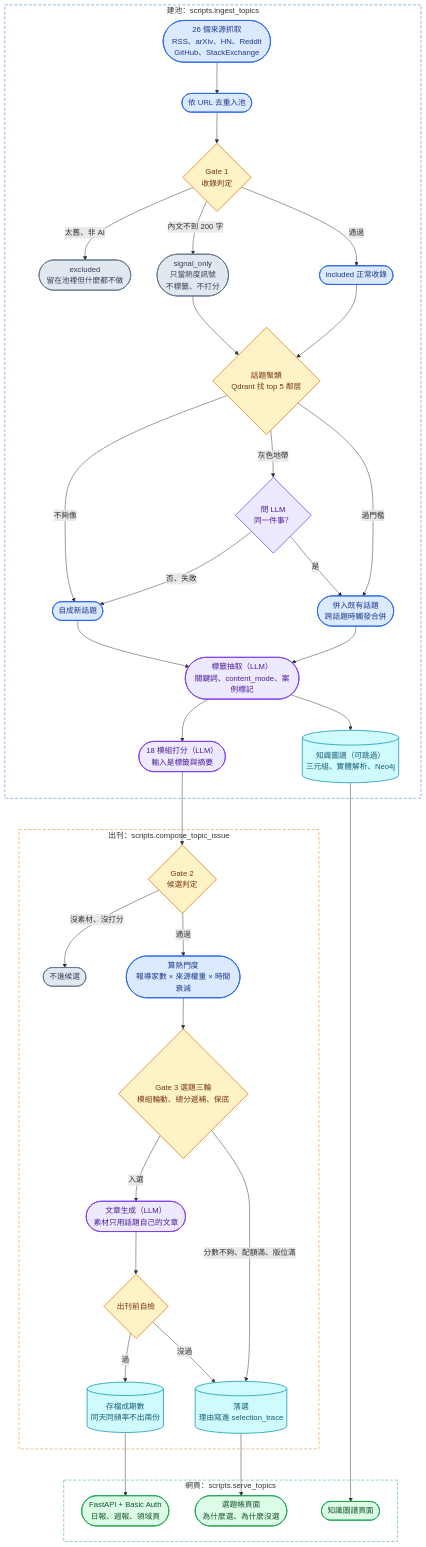
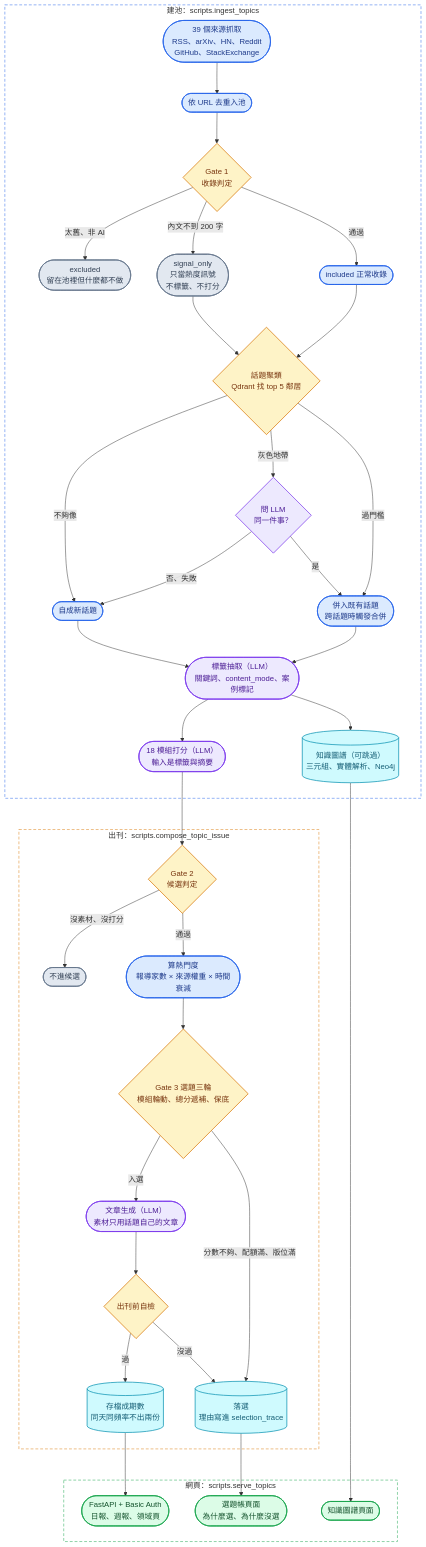
Before and after one commit to cheryllyeung/delta-ai-newsletter: the diagram in README.md, drawn with Mermaid. The commit also changed other lines of this file, not shown here.

````diff
--- a/README.md
+++ b/README.md
@@ -18,63 +19,63 @@
 ```mermaid
 %%{init: {"flowchart": {"nodeSpacing": 55, "rankSpacing": 65}}}%%
 flowchart TD
     subgraph ingest["　建池：scripts.ingest_topics　"]
-        SRC(["26 個來源抓取<br/>RSS、arXiv、HN、Reddit<br/>GitHub、StackExchange"])
+        SRC(["39 個來源抓取<br/>RSS、arXiv、HN、Reddit<br/>GitHub、StackExchange"])
         SRC --> DEDUP(["依 URL 去重入池"])
         DEDUP --> G1{"Gate 1<br/>收錄判定"}
         G1 -->|"太舊、非 AI"| EXC(["excluded<br/>留在池裡但什麼都不做"])
         G1 -->|"內文不到 200 字"| SIG(["signal_only<br/>只當熱度訊號<br/>不標籤、不打分"])
         G1 -->|"通過"| INC(["included 正常收錄"])
 
         INC --> CL{"話題聚類<br/>Qdrant 找 top 5 鄰居"}
         SIG --> CL
         CL -->|"過門檻"| MERGE(["併入既有話題<br/>跨話題時觸發合併"])
         CL -->|"灰色地帶"| LLMCHK{"問 LLM<br/>同一件事？"}
         LLMCHK -->|"是"| MERGE
         LLMCHK -->|"否、失敗"| NEW(["自成新話題"])
         CL -->|"不夠像"| NEW
 
         MERGE --> TAG(["標籤抽取（LLM）<br/>關鍵詞、content_mode、案例標記"])
         NEW --> TAG
         TAG --> KG[("知識圖譜（可跳過）<br/>三元組、實體解析、Neo4j")]
         TAG --> SCORE(["18 模組打分（LLM）<br/>輸入是標籤與摘要"])
     end
 
     subgraph compose["　出刊：scripts.compose_topic_issue　"]
         SCORE --> G2{"Gate 2<br/>候選判定"}
         G2 -->|"沒素材、沒打分"| DROP(["不進候選"])
         G2 -->|"通過"| HOT(["算熱門度<br/>報導家數 × 來源權重 × 時間衰減"])
         HOT --> SEL{"Gate 3 選題三輪<br/>模組輪動、總分遞補、保底"}
         SEL -->|"入選"| GEN(["文章生成（LLM）<br/>素材只用話題自己的文章"])
         SEL -->|"分數不夠、配額滿、版位滿"| TRACE[("落選<br/>理由寫進 selection_trace")]
 
         GEN --> CHK{"出刊前自檢"}
         CHK -->|"沒過"| TRACE
         CHK -->|"過"| ISSUE[("存檔成期數<br/>同天同頻率不出兩份")]
     end
 
     subgraph serve["　網頁：scripts.serve_topics　"]
         ISSUE --> WEB(["FastAPI + Basic Auth<br/>日報、週報、領域頁"])
         TRACE --> WEB2(["選題帳頁面<br/>為什麼選、為什麼沒選"])
         KG --> WEB3(["知識圖譜頁面"])
     end
 
     %% 節點角色配色：判斷點橘、LLM 步驟紫、資料落點藍、淘汰灰、產出綠
     classDef step fill:#dbeafe,stroke:#2563eb,stroke-width:1.5px,color:#1e3a8a
     classDef gate fill:#fef3c7,stroke:#d97706,stroke-width:1.5px,color:#78350f
     classDef llm fill:#ede9fe,stroke:#7c3aed,stroke-width:1.5px,color:#4c1d95
     classDef out fill:#dcfce7,stroke:#16a34a,stroke-width:1.5px,color:#14532d
     classDef drop fill:#e2e8f0,stroke:#64748b,stroke-width:1.5px,color:#334155
     classDef store fill:#cffafe,stroke:#0891b2,stroke-width:1.5px,color:#155e75
 
     class SRC,DEDUP,INC,MERGE,NEW,HOT step
     class G1,CL,G2,SEL,CHK gate
     class LLMCHK,TAG,SCORE,GEN llm
     class EXC,SIG,DROP drop
     class KG,TRACE,ISSUE store
     class WEB,WEB2,WEB3 out
 
     style ingest fill:none,stroke:#2563eb,stroke-width:1px,stroke-dasharray:6 4
     style compose fill:none,stroke:#d97706,stroke-width:1px,stroke-dasharray:6 4
     style serve fill:none,stroke:#16a34a,stroke-width:1px,stroke-dasharray:6 4
 ```
````
